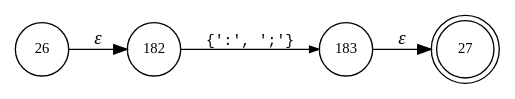
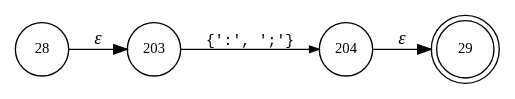
One commit to vulogov/Bund2 changed the diagram in internal/parser/Bund.mode_term.dot. Above: the diagram before and after it, drawn with Graphviz. The commit also changed 74 other files, not shown here.

```diff
--- a/internal/parser/Bund.mode_term.dot
+++ b/internal/parser/Bund.mode_term.dot
@@ -1,10 +1,10 @@
 digraph ATN {
 rankdir=LR;
-s27[fontsize=11, label="27", shape=doublecircle, fixedsize=true, width=.6];
-s182[fontsize=11,label="182", shape=circle, fixedsize=true, width=.55, peripheries=1];
-s183[fontsize=11,label="183", shape=circle, fixedsize=true, width=.55, peripheries=1];
-s26[fontsize=11,label="26", shape=circle, fixedsize=true, width=.55, peripheries=1];
-s26 -> s182 [fontname="Times-Italic", label="&epsilon;"];
-s182 -> s183 [fontsize=11, fontname="Courier", arrowsize=.7, label = "{':', ';'}", arrowhead = normal];
-s183 -> s27 [fontname="Times-Italic", label="&epsilon;"];
+s29[fontsize=11, label="29", shape=doublecircle, fixedsize=true, width=.6];
+s203[fontsize=11,label="203", shape=circle, fixedsize=true, width=.55, peripheries=1];
+s28[fontsize=11,label="28", shape=circle, fixedsize=true, width=.55, peripheries=1];
+s204[fontsize=11,label="204", shape=circle, fixedsize=true, width=.55, peripheries=1];
+s28 -> s203 [fontname="Times-Italic", label="&epsilon;"];
+s203 -> s204 [fontsize=11, fontname="Courier", arrowsize=.7, label = "{':', ';'}", arrowhead = normal];
+s204 -> s29 [fontname="Times-Italic", label="&epsilon;"];
 }
```
